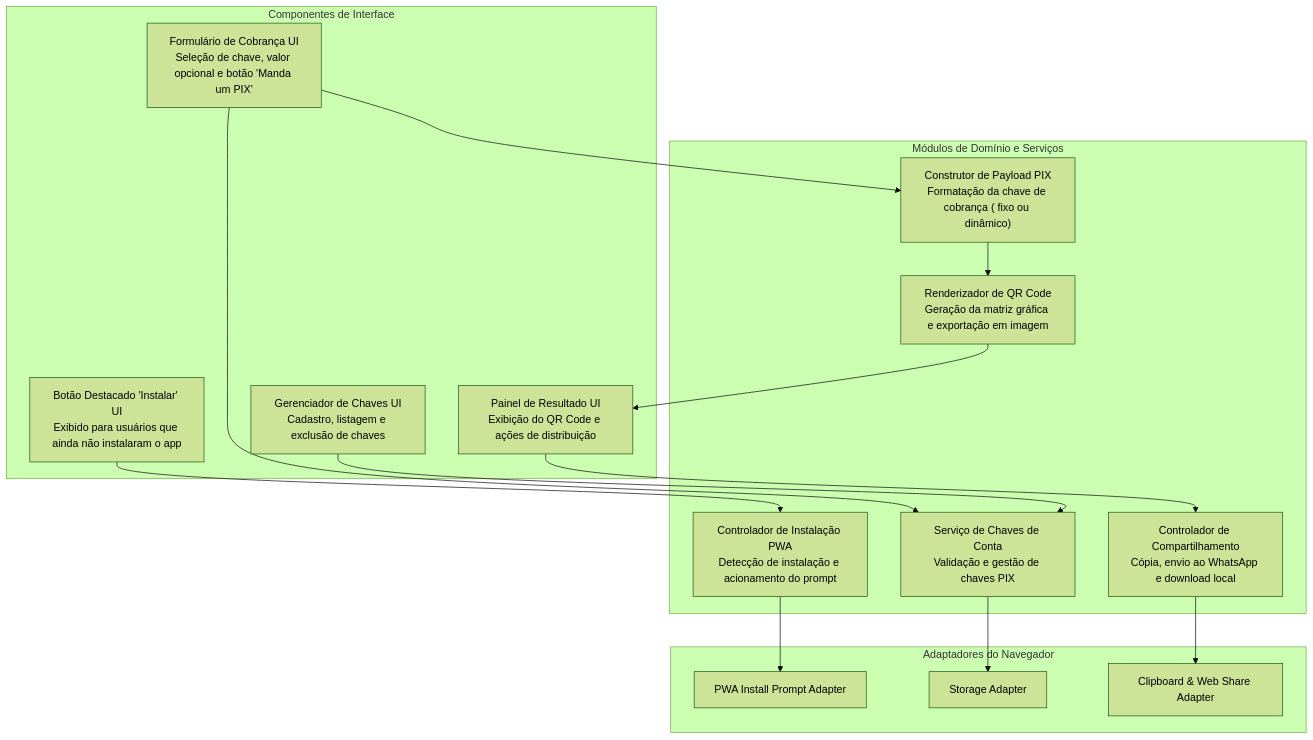
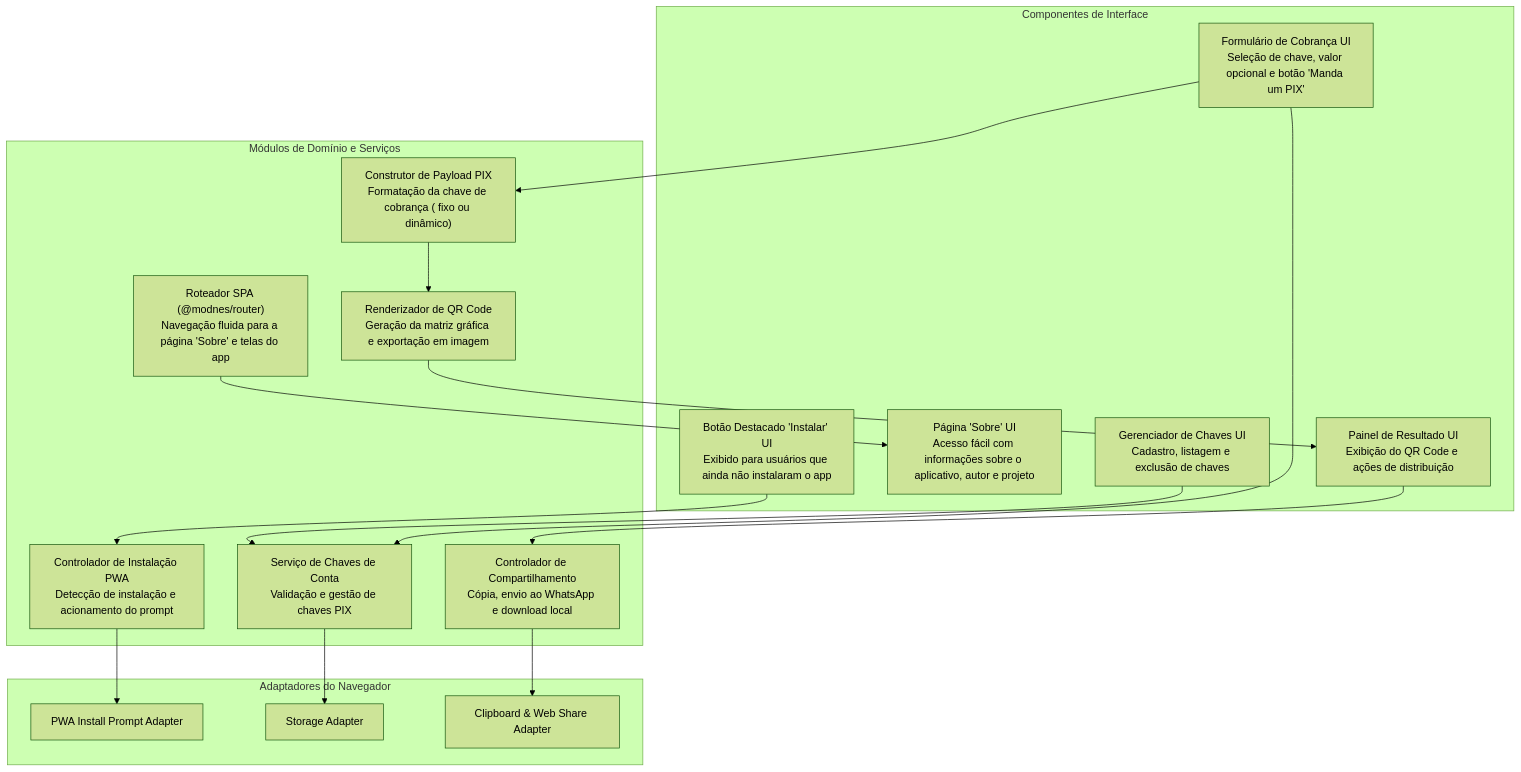
The third of 3 diagrams in docs/architecture/c4_models.md (luizcanet/mandaumpix.app), drawn with Mermaid (forest theme) before and after one commit. The commit also changed 9 other files, not shown here.

Commit message:
docs: document business rule RN07 and about page architecture and design

````diff
--- a/docs/architecture/c4_models.md
+++ b/docs/architecture/c4_models.md
@@ -68,34 +68,37 @@
 ```mermaid
 flowchart TD
     subgraph UI["Componentes de Interface"]
         InstallPromptUI["Botão Destacado 'Instalar' UI<br/>Exibido para usuários que ainda não instalaram o app"]
+        AboutPageUI["Página 'Sobre' UI<br/>Acesso fácil com informações sobre o aplicativo, autor e projeto"]
         KeyManagerUI["Gerenciador de Chaves UI<br/>Cadastro, listagem e exclusão de chaves"]
         ChargeFormUI["Formulário de Cobrança UI<br/>Seleção de chave, valor opcional e botão 'Manda um PIX'"]
         ResultViewUI["Painel de Resultado UI<br/>Exibição do QR Code e ações de distribuição"]
     end
 
     subgraph Core["Módulos de Domínio e Serviços"]
         InstallController["Controlador de Instalação PWA<br/>Detecção de instalação e acionamento do prompt"]
+        AppRouter["Roteador SPA (@modnes/router)<br/>Navegação fluida para a página 'Sobre' e telas do app"]
         KeyService["Serviço de Chaves de Conta<br/>Validação e gestão de chaves PIX"]
         PixPayloadBuilder["Construtor de Payload PIX<br/>Formatação da chave de cobrança ( fixo ou dinâmico)"]
         QRCodeRenderer["Renderizador de QR Code<br/>Geração da matriz gráfica e exportação em imagem"]
         ShareController["Controlador de Compartilhamento<br/>Cópia, envio ao WhatsApp e download local"]
     end
 
     subgraph Adapters["Adaptadores do Navegador"]
         InstallAdapter["PWA Install Prompt Adapter"]
         StorageAdapter["Storage Adapter"]
         BrowserShareAdapter["Clipboard & Web Share Adapter"]
     end
 
     InstallPromptUI --> InstallController
     InstallController --> InstallAdapter
+    AppRouter --> AboutPageUI
     KeyManagerUI --> KeyService
     ChargeFormUI --> KeyService
     ChargeFormUI --> PixPayloadBuilder
     PixPayloadBuilder --> QRCodeRenderer
     QRCodeRenderer --> ResultViewUI
     ResultViewUI --> ShareController
     KeyService --> StorageAdapter
     ShareController --> BrowserShareAdapter
 ```
````
